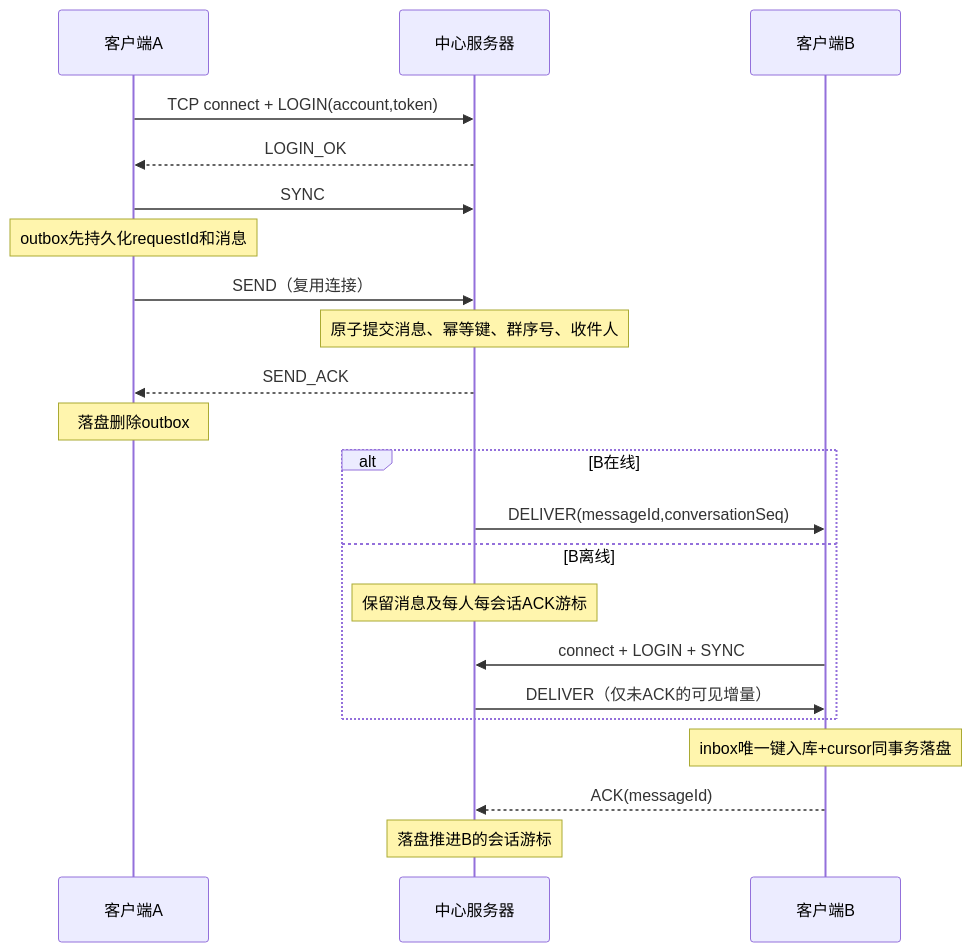
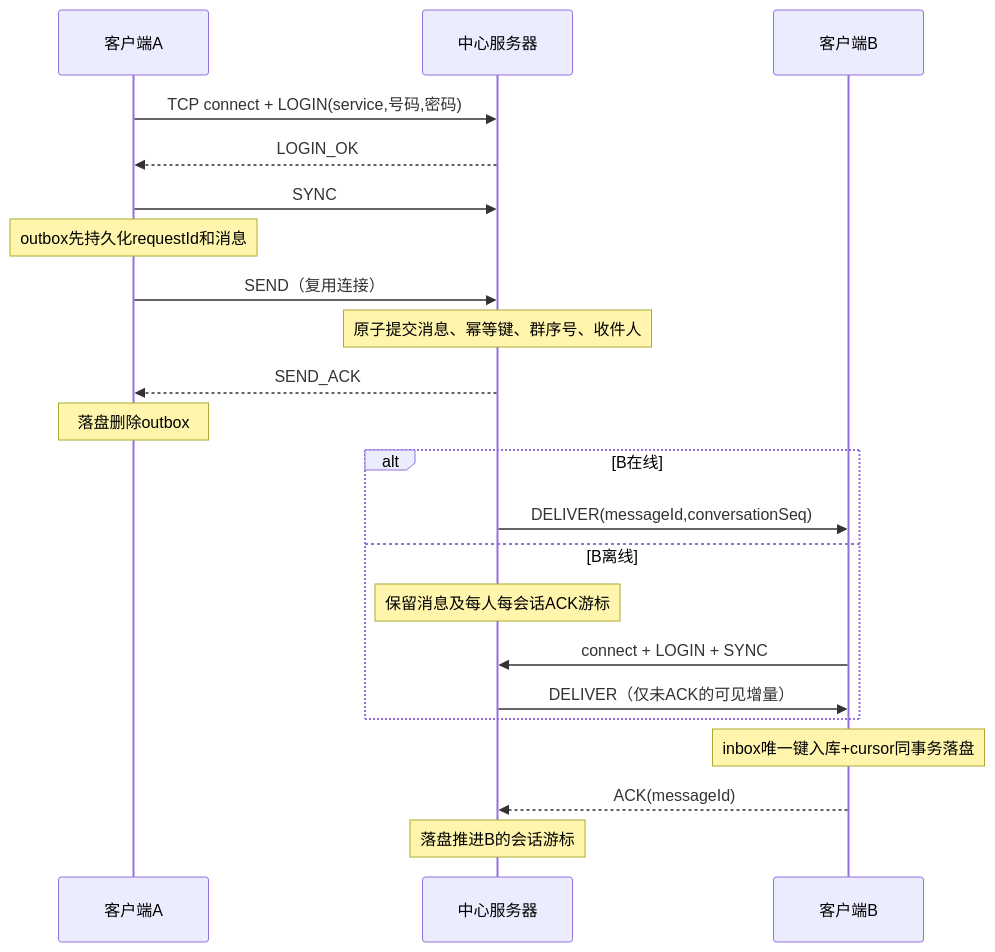
The diagram in docs/network-validation.md (Runa-Asahi/Real-time-Communication-System), drawn with Mermaid before and after one commit. The commit also changed other lines of this file and 133 other files, not shown here.

````diff
--- a/docs/network-validation.md
+++ b/docs/network-validation.md
@@ -70,24 +150,24 @@
 ```mermaid
 sequenceDiagram
     participant A as 客户端A
     participant S as 中心服务器
     participant B as 客户端B
-    A->>S: TCP connect + LOGIN(account,token)
+    A->>S: TCP connect + LOGIN(service,号码,密码)
     S-->>A: LOGIN_OK
     A->>S: SYNC
     Note over A: outbox先持久化requestId和消息
     A->>S: SEND（复用连接）
     Note over S: 原子提交消息、幂等键、群序号、收件人
     S-->>A: SEND_ACK
     Note over A: 落盘删除outbox
     alt B在线
         S->>B: DELIVER(messageId,conversationSeq)
     else B离线
         Note over S: 保留消息及每人每会话ACK游标
         B->>S: connect + LOGIN + SYNC
         S->>B: DELIVER（仅未ACK的可见增量）
     end
     Note over B: inbox唯一键入库+cursor同事务落盘
     B-->>S: ACK(messageId)
     Note over S: 落盘推进B的会话游标
 ```
````
